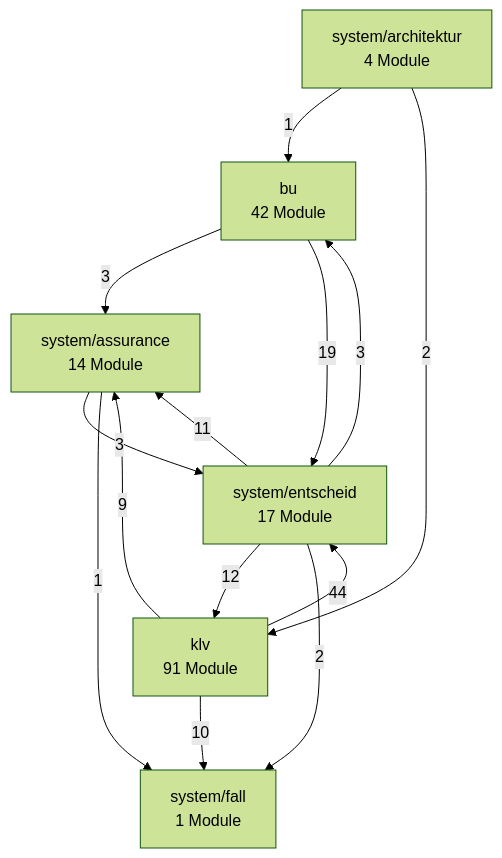
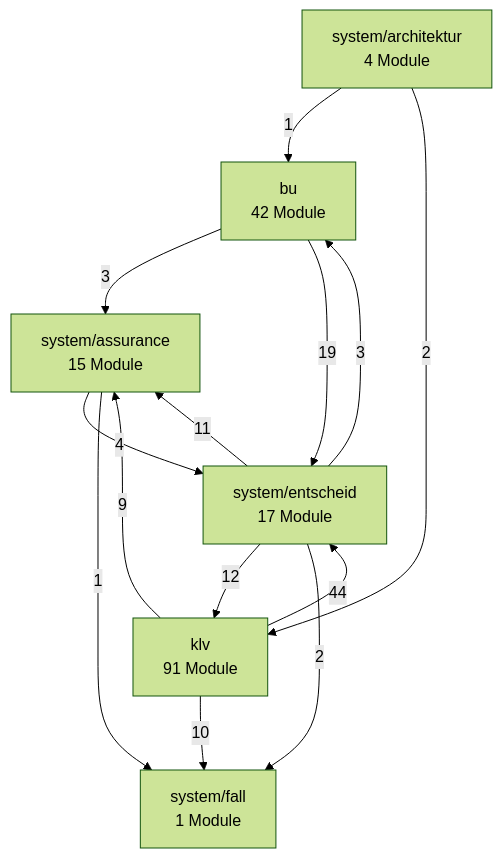
Before and after one commit to bartlmac/rechner-pipeline: the second of 3 diagrams in docs/architektur/landkarte.md, drawn with Mermaid (forest theme). The commit also changed other lines of this file and 35 other files, not shown here.

````diff
--- a/docs/architektur/landkarte.md
+++ b/docs/architektur/landkarte.md
@@ -76,23 +76,23 @@
 ```mermaid
 %% Fachknoten — erzeugt von ontologie.landkarte
 flowchart TD
     bu["bu<br/>42 Module"]
     klv["klv<br/>91 Module"]
     system_architektur["system/architektur<br/>4 Module"]
-    system_assurance["system/assurance<br/>14 Module"]
+    system_assurance["system/assurance<br/>15 Module"]
     system_entscheid["system/entscheid<br/>17 Module"]
     system_fall["system/fall<br/>1 Module"]
     bu -- 3 --> system_assurance
     bu -- 19 --> system_entscheid
     klv -- 9 --> system_assurance
     klv -- 44 --> system_entscheid
     klv -- 10 --> system_fall
     system_architektur -- 1 --> bu
     system_architektur -- 2 --> klv
-    system_assurance -- 3 --> system_entscheid
+    system_assurance -- 4 --> system_entscheid
     system_assurance -- 1 --> system_fall
     system_entscheid -- 3 --> bu
     system_entscheid -- 12 --> klv
     system_entscheid -- 11 --> system_assurance
     system_entscheid -- 2 --> system_fall
 ```
````
